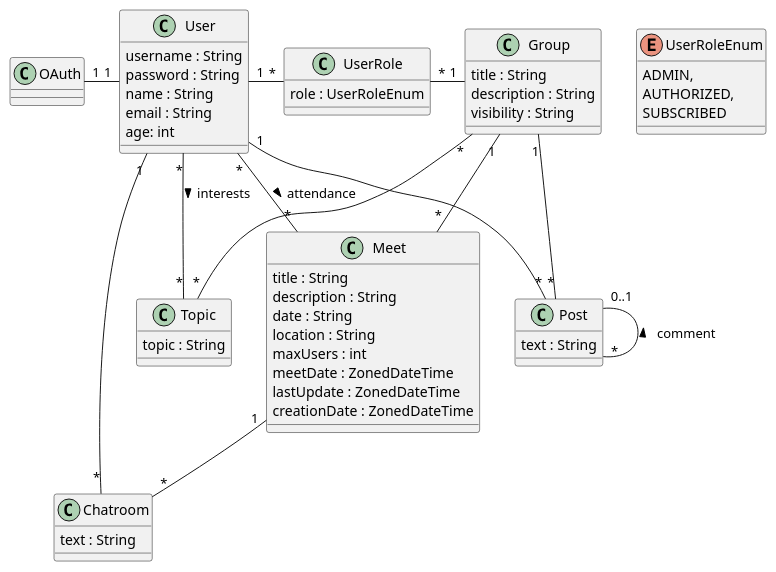
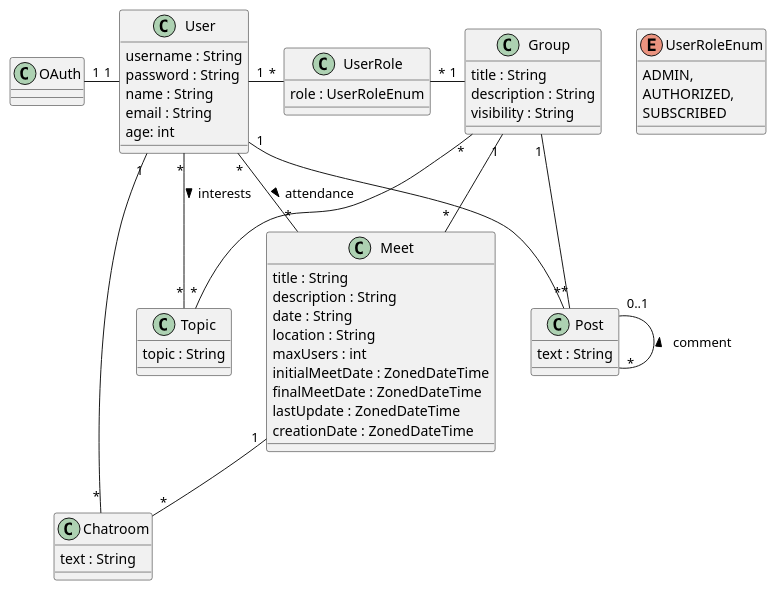
One commit to UdL-EPS-SoftArch/LinkApp-API changed the diagram in EntitiesModel.puml. Above: the diagram before and after it, drawn with PlantUML.

Commit message:
Updated UML meet date attributes

```diff
--- a/EntitiesModel.puml
+++ b/EntitiesModel.puml
@@ -1,65 +1,66 @@
 @startuml
 
 class User {
   username : String
   password : String
   name : String
   email : String
   age: int
 
 }
 class OAuth{
 }
 class Group {
     title : String
     description : String
     visibility : String
 }
 
 class Topic {
      topic : String
 }
 
 enum UserRoleEnum {
     ADMIN,
     AUTHORIZED,
     SUBSCRIBED
 }
 
 class UserRole {
      role : UserRoleEnum
 }
 
 class Post {
      text : String
 }
 
 class Chatroom {
      text : String
 }
 
 class Meet {
     title : String
     description : String
     date : String
     location : String
     maxUsers : int
-    meetDate : ZonedDateTime
+    initialMeetDate : ZonedDateTime
+    finalMeetDate : ZonedDateTime
     lastUpdate : ZonedDateTime
     creationDate : ZonedDateTime
 }
 
 User "1" --right-- "*" Chatroom
 Meet "1" -- "*" Chatroom
 Group "*" --right-- "*" Topic
 Group "1" --left-- "*" UserRole
 User "1" --right-- "*" UserRole
 User "1" --left-- "1" OAuth
 Post "0..1" --right-- "*" Post : comment <
 User "*" -- "*" Topic : interests >
 User "1" --right-- "*" Post
 Group "1" -- "*" Post
 Group "1" -- "*" Meet
 User "*" --right-- "*" Meet : attendance >
 
 @enduml
```
